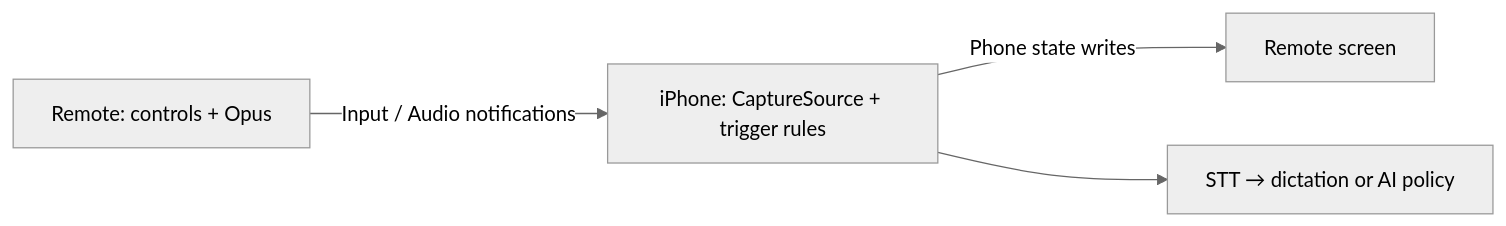
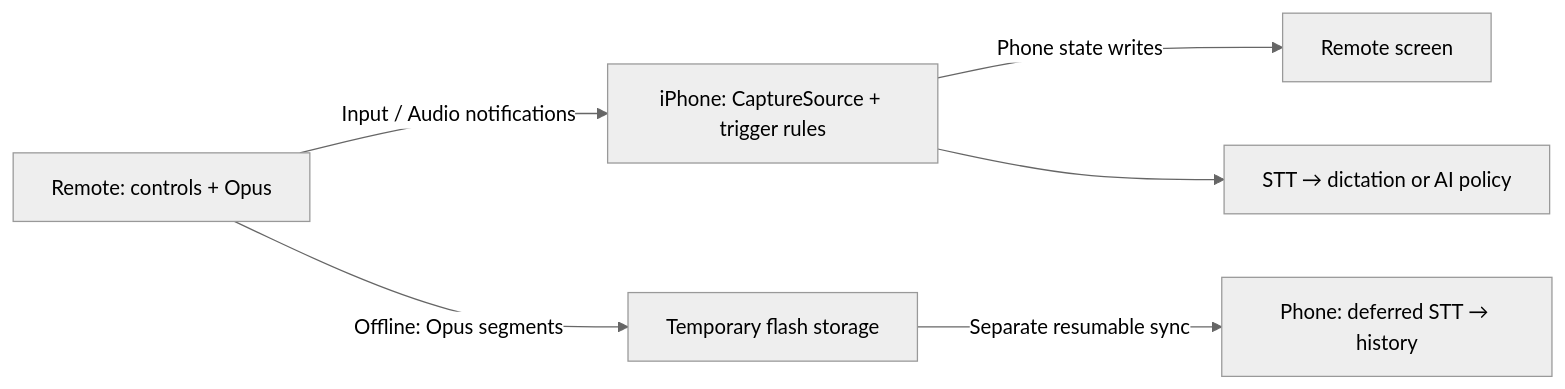
Before and after one commit to Harwasch/voiceremote: the first of 2 diagrams in SYS/protocol/remote-ble.md, drawn with Mermaid (neutral theme). The commit also changed other lines of this file and 1 other file, not shown here.

First line of the commit message:
SYS: add offline recording and deferred sync to the BLE contract

````diff
--- a/SYS/protocol/remote-ble.md
+++ b/SYS/protocol/remote-ble.md
@@ -3,6 +3,8 @@
 ```mermaid
 flowchart LR
   Remote[Remote: controls + Opus] -->|Input / Audio notifications| Phone[iPhone: CaptureSource + trigger rules]
   Phone -->|Phone state writes| Screen[Remote screen]
   Phone --> STT[STT → dictation or AI policy]
+  Remote -->|Offline: Opus segments| Flash[Temporary flash storage]
+  Flash -->|Separate resumable sync| History[Phone: deferred STT → history]
 ```
````
